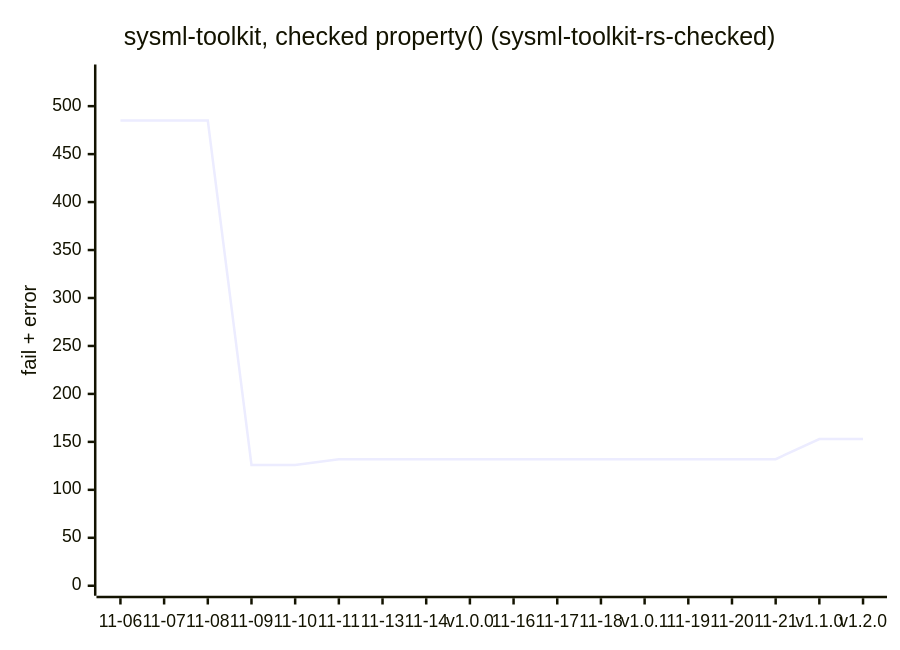
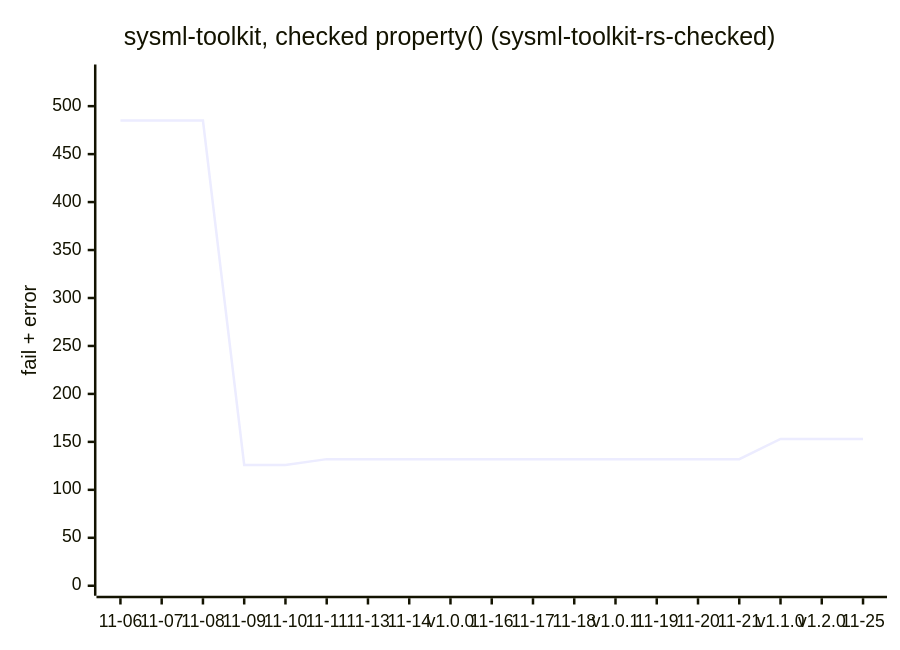
The fourth of 4 diagrams in test-suite/PROGRESS-SNAPSHOT.md (hideo67/sysmlv2-tests), drawn with Mermaid before and after one commit. The commit also changed other lines of this file and 2 other files, not shown here.

````diff
--- a/test-suite/PROGRESS-SNAPSHOT.md
+++ b/test-suite/PROGRESS-SNAPSHOT.md
@@ -42,7 +42,7 @@
 ```mermaid
 xychart-beta
     title "sysml-toolkit, checked property() (sysml-toolkit-rs-checked)"
-    x-axis ["11-06", "11-07", "11-08", "11-09", "11-10", "11-11", "11-13", "11-14", "v1.0.0", "11-16", "11-17", "11-18", "v1.0.1", "11-19", "11-20", "11-21", "v1.1.0", "v1.2.0"]
+    x-axis ["11-06", "11-07", "11-08", "11-09", "11-10", "11-11", "11-13", "11-14", "v1.0.0", "11-16", "11-17", "11-18", "v1.0.1", "11-19", "11-20", "11-21", "v1.1.0", "v1.2.0", "11-25"]
     y-axis "fail + error" 0 --> 533
-    line [485, 485, 485, 126, 126, 132, 132, 132, 132, 132, 132, 132, 132, 132, 132, 132, 153, 153]
+    line [485, 485, 485, 126, 126, 132, 132, 132, 132, 132, 132, 132, 132, 132, 132, 132, 153, 153, 153]
 ```
````
